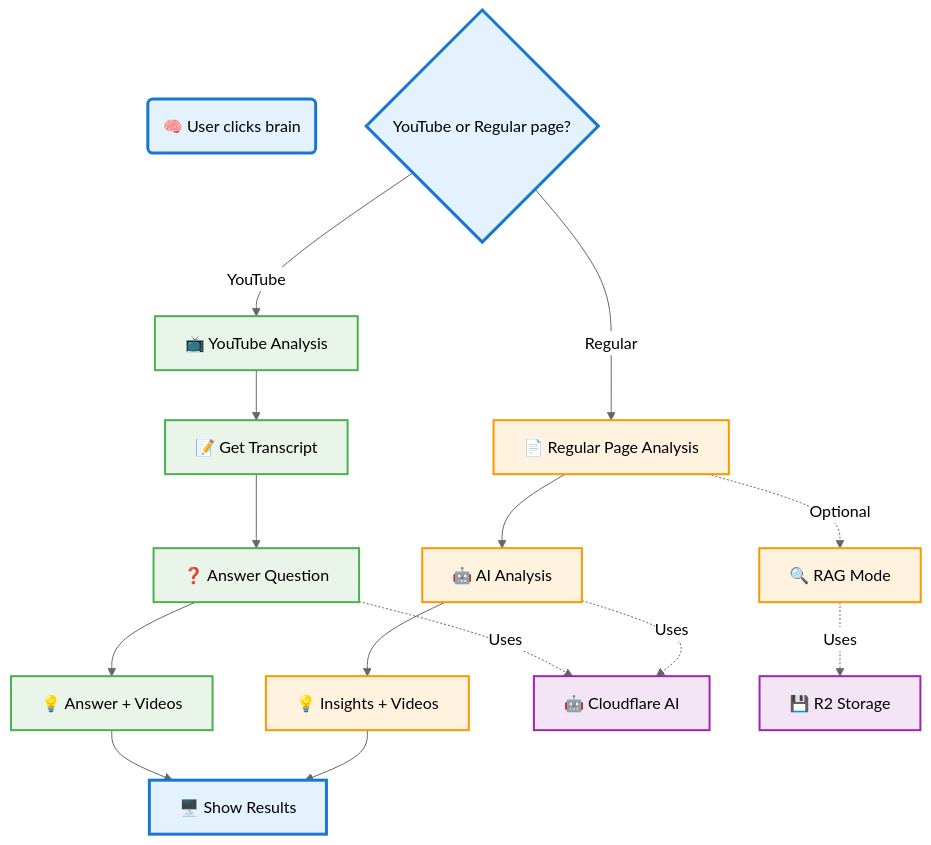
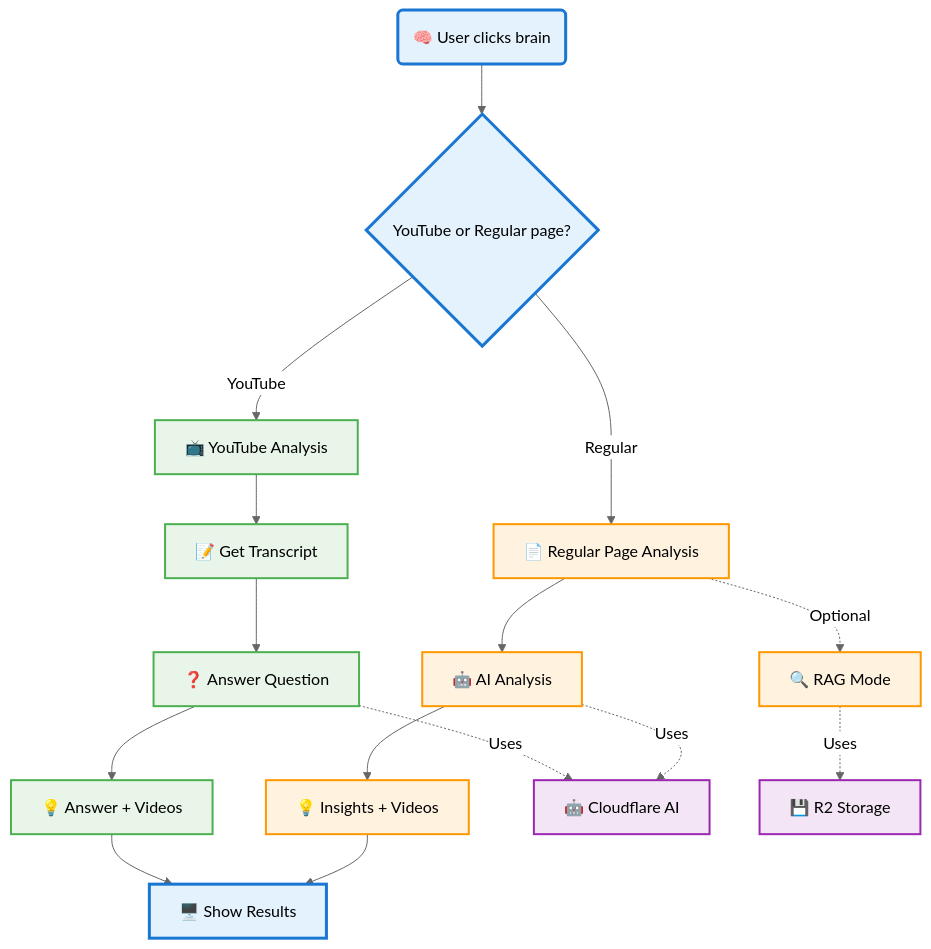
The diagram in README.md (raj-chinagundi/shadowsearch), drawn with Mermaid (neutral theme) before and after one commit.

````diff
--- a/README.md
+++ b/README.md
@@ -21,37 +21,36 @@
 ```mermaid
 flowchart TD
-  user("🧠 User clicks brain")
-  page{YouTube or Regular page?}
+  user("🧠 User clicks brain")-->page{YouTube or Regular page?}
   
   %% Regular page flow
   page -->|Regular| regular[📄 Regular Page Analysis]
   regular --> analyze[🤖 AI Analysis]
   analyze --> results1[💡 Insights + Videos]
   
   %% YouTube page flow  
   page -->|YouTube| youtube[📺 YouTube Analysis]
   youtube --> transcript[📝 Get Transcript]
   transcript --> question[❓ Answer Question]
   question --> results2[💡 Answer + Videos]
   
   %% Final output
   results1 --> overlay[🖥️ Show Results]
   results2 --> overlay
   
   %% Services used
   analyze -.->|Uses| ai[🤖 Cloudflare AI]
   question -.->|Uses| ai
   regular -.->|Optional| rag[🔍 RAG Mode]
   rag -.->|Uses| storage[💾 R2 Storage]
   
   %% Styling
   classDef main fill:#E3F2FD,stroke:#1976D2,stroke-width:3px
   classDef youtube fill:#E8F5E8,stroke:#4CAF50,stroke-width:2px
   classDef regular fill:#FFF3E0,stroke:#FF9800,stroke-width:2px
   classDef services fill:#F3E5F5,stroke:#9C27B0,stroke-width:2px
   
   class user,page,overlay main
   class youtube,transcript,question,results2 youtube
   class regular,analyze,results1,rag regular
   class ai,storage services
 ```
````
